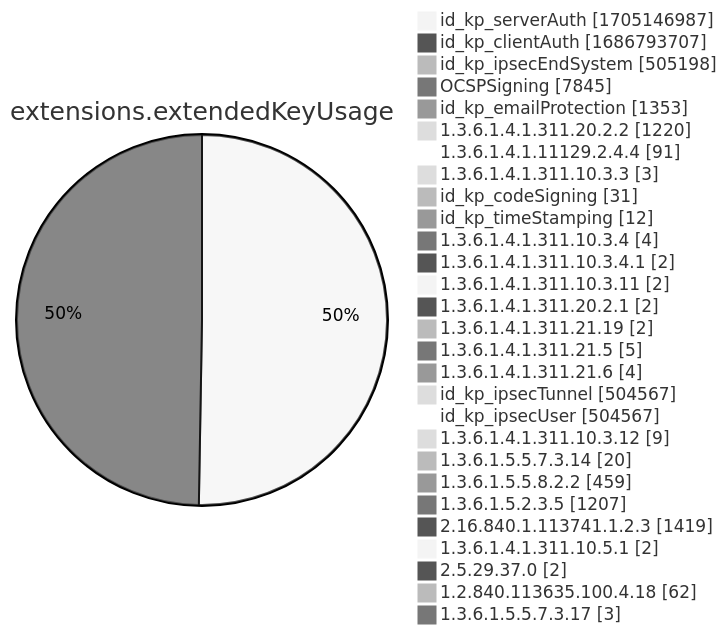
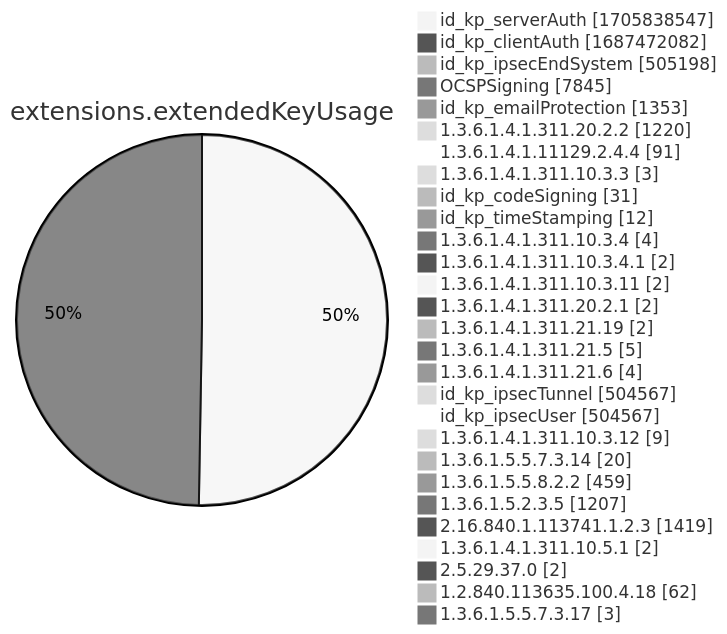
Diagram 12 of 15 in xenon2022/README.md (christiankrug/ctmonitor_visualization), drawn with Mermaid (neutral theme) before and after one commit. The commit also changed other lines of this file, not shown here.

````diff
--- a/xenon2022/README.md
+++ b/xenon2022/README.md
@@ -3888,32 +3888,32 @@
 ```mermaid
 pie showData
 title extensions.extendedKeyUsage
-"id_kp_serverAuth" :1705146987
-"id_kp_clientAuth" :1686793707
+"id_kp_serverAuth" :1705838547
+"id_kp_clientAuth" :1687472082
 "id_kp_ipsecEndSystem" :505198
 "OCSPSigning" :7845
 "id_kp_emailProtection" :1353
 "1.3.6.1.4.1.311.20.2.2" :1220
 "1.3.6.1.4.1.11129.2.4.4" :91
 "1.3.6.1.4.1.311.10.3.3" :3
 "id_kp_codeSigning" :31
 "id_kp_timeStamping" :12
 "1.3.6.1.4.1.311.10.3.4" :4
 "1.3.6.1.4.1.311.10.3.4.1" :2
 "1.3.6.1.4.1.311.10.3.11" :2
 "1.3.6.1.4.1.311.20.2.1" :2
 "1.3.6.1.4.1.311.21.19" :2
 "1.3.6.1.4.1.311.21.5" :5
 "1.3.6.1.4.1.311.21.6" :4
 "id_kp_ipsecTunnel" :504567
 "id_kp_ipsecUser" :504567
 "1.3.6.1.4.1.311.10.3.12" :9
 "1.3.6.1.5.5.7.3.14" :20
 "1.3.6.1.5.5.8.2.2" :459
 "1.3.6.1.5.2.3.5" :1207
 "2.16.840.1.113741.1.2.3" :1419
 "1.3.6.1.4.1.311.10.5.1" :2
 "2.5.29.37.0" :2
 "1.2.840.113635.100.4.18" :62
 "1.3.6.1.5.5.7.3.17" :3
 ```
````
